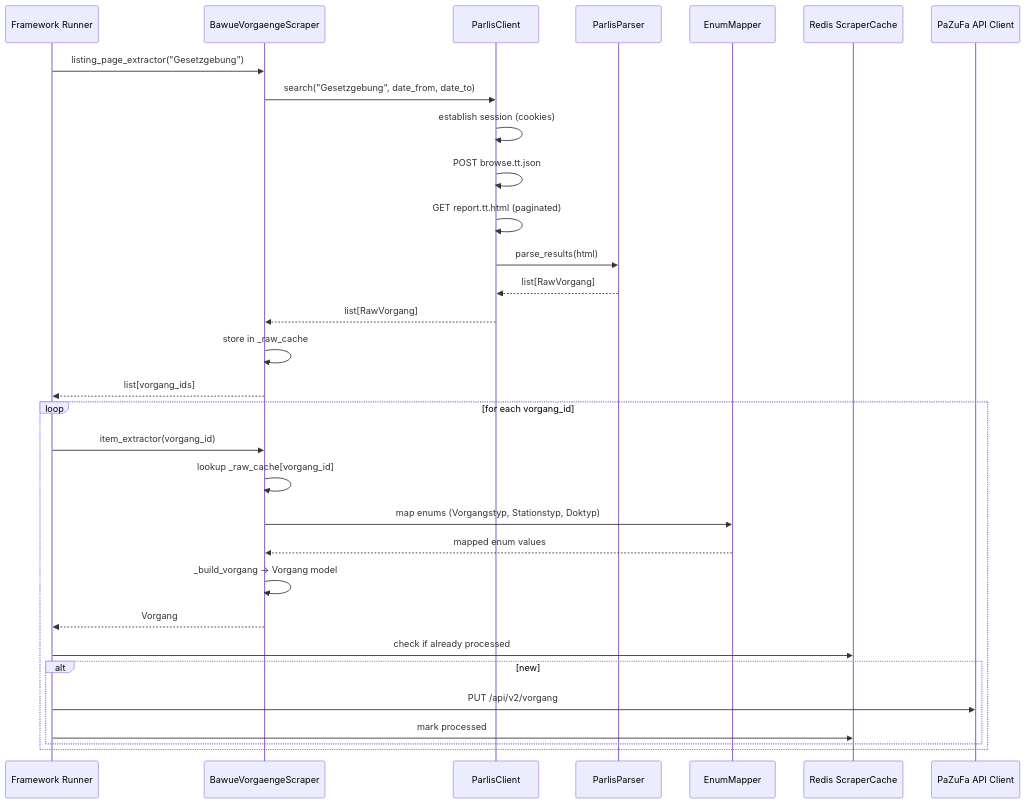
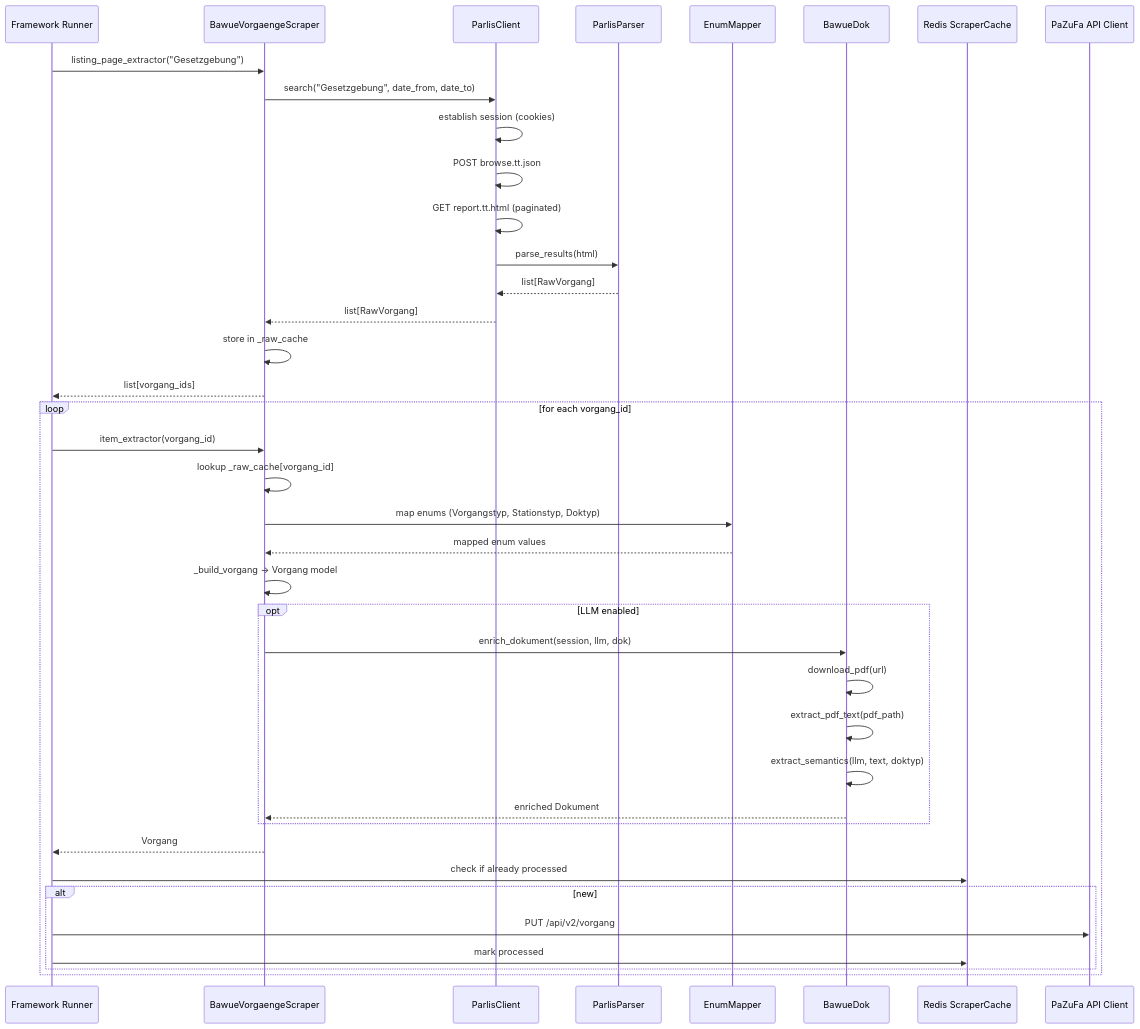
One commit to Parlamentszusammenfasser/pazufa-scraper-bw changed the fourth of 4 diagrams in docs/architecture.md. Above: the diagram before and after it, drawn with Mermaid. The commit also changed other lines of this file and 3 other files, not shown here.

````diff
--- a/docs/architecture.md
+++ b/docs/architecture.md
@@ -248,36 +282,46 @@
 ```mermaid
 sequenceDiagram
     participant FW as Framework Runner
     participant BVS as BawueVorgaengeScraper
     participant PC as ParlisClient
     participant PP as ParlisParser
     participant EM as EnumMapper
+    participant BDK as BawueDok
     participant Cache as Redis ScraperCache
     participant API as PaZuFa API Client
 
     FW->>BVS: listing_page_extractor("Gesetzgebung")
     BVS->>PC: search("Gesetzgebung", date_from, date_to)
     PC->>PC: establish session (cookies)
     PC->>PC: POST browse.tt.json
     PC->>PC: GET report.tt.html (paginated)
     PC->>PP: parse_results(html)
     PP-->>PC: list[RawVorgang]
     PC-->>BVS: list[RawVorgang]
     BVS->>BVS: store in _raw_cache
     BVS-->>FW: list[vorgang_ids]
 
     loop for each vorgang_id
         FW->>BVS: item_extractor(vorgang_id)
         BVS->>BVS: lookup _raw_cache[vorgang_id]
         BVS->>EM: map enums (Vorgangstyp, Stationstyp, Doktyp)
         EM-->>BVS: mapped enum values
         BVS->>BVS: _build_vorgang → Vorgang model
+
+        opt LLM enabled
+            BVS->>BDK: enrich_dokument(session, llm, dok)
+            BDK->>BDK: download_pdf(url)
+            BDK->>BDK: extract_pdf_text(pdf_path)
+            BDK->>BDK: extract_semantics(llm, text, doktyp)
+            BDK-->>BVS: enriched Dokument
+        end
+
         BVS-->>FW: Vorgang
 
         FW->>Cache: check if already processed
         alt new
             FW->>API: PUT /api/v2/vorgang
             FW->>Cache: mark processed
         end
     end
 ```
````
